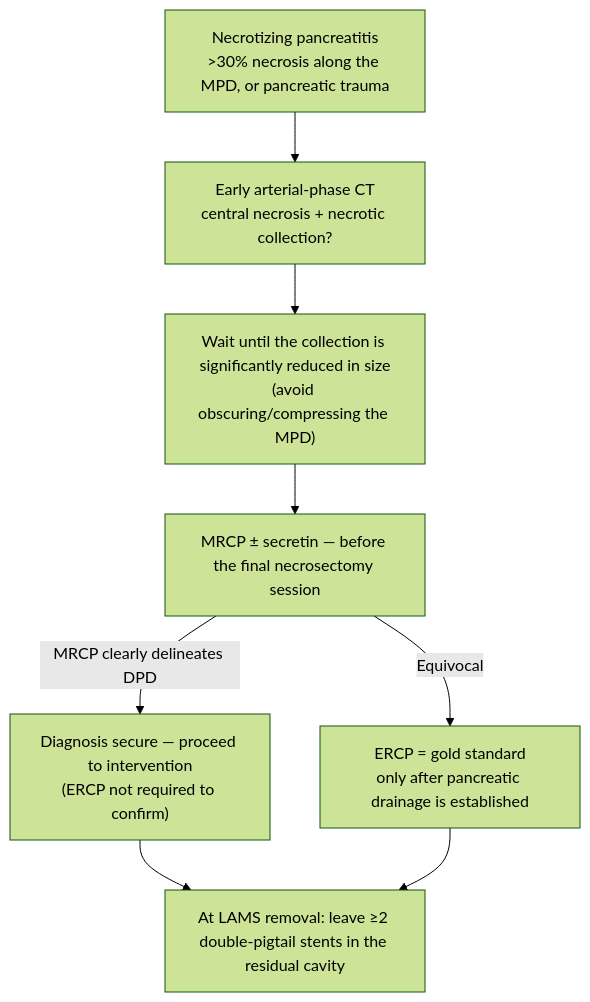
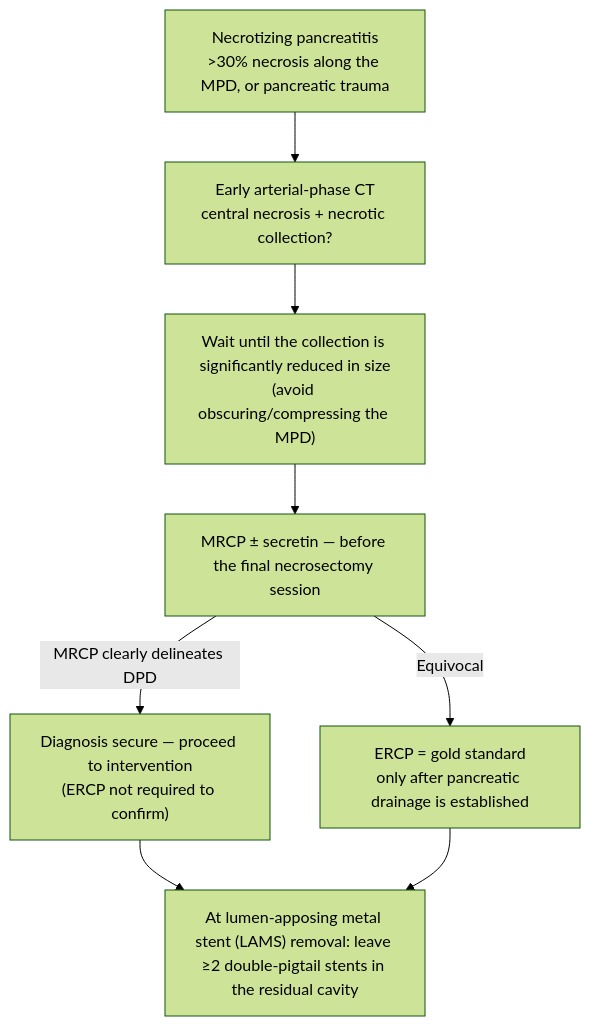
One commit to KHNickLeMD/KHNL-GI-Wiki changed the diagram in KHNL-GI-Wiki/wiki/1-disease-scripts/pancreaticobiliary-diseases/disconnected-pancreatic-duct-syndrome.md. Above: the diagram before and after it, drawn with Mermaid (forest theme). The commit also changed other lines of this file and 620 other files, not shown here.

````diff
--- a/KHNL-GI-Wiki/wiki/1-disease-scripts/pancreaticobiliary-diseases/disconnected-pancreatic-duct-syndrome.md
+++ b/KHNL-GI-Wiki/wiki/1-disease-scripts/pancreaticobiliary-diseases/disconnected-pancreatic-duct-syndrome.md
@@ -120,10 +120,10 @@
 ```mermaid
 flowchart TD
     A["Necrotizing pancreatitis<br/>>30% necrosis along the MPD, or pancreatic trauma"] --> B["Early arterial-phase CT<br/>central necrosis + necrotic collection?"]
     B --> C["Wait until the collection is significantly reduced in size<br/>(avoid obscuring/compressing the MPD)"]
     C --> D["MRCP ± secretin — before the final necrosectomy session"]
     D -->|"MRCP clearly delineates DPD"| E["Diagnosis secure — proceed to intervention<br/>(ERCP not required to confirm)"]
     D -->|"Equivocal"| F["ERCP = gold standard<br/>only after pancreatic drainage is established"]
-    E --> G["At LAMS removal: leave ≥2 double-pigtail stents in the residual cavity"]
+    E --> G["At lumen-apposing metal stent (LAMS) removal: leave ≥2 double-pigtail stents in the residual cavity"]
     F --> G
 ```
````
